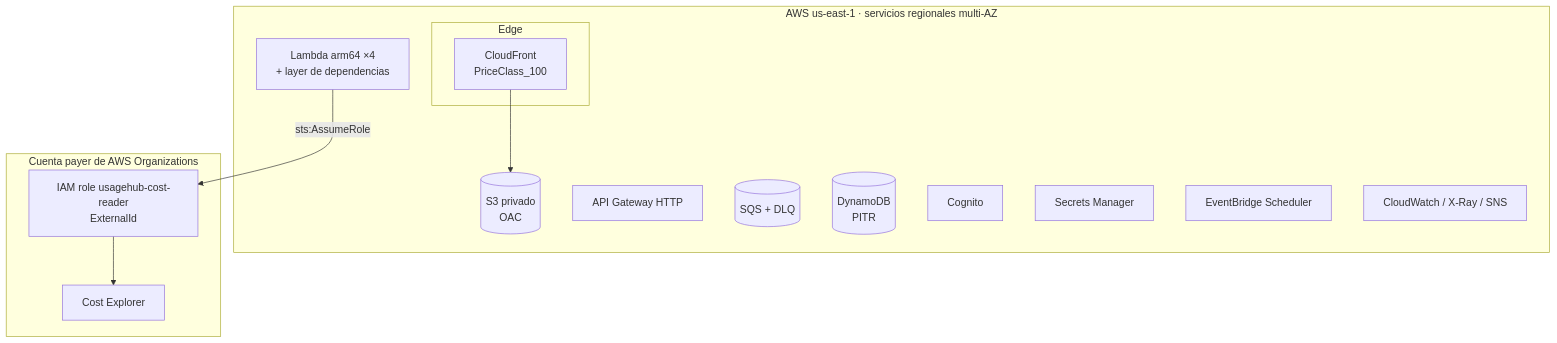
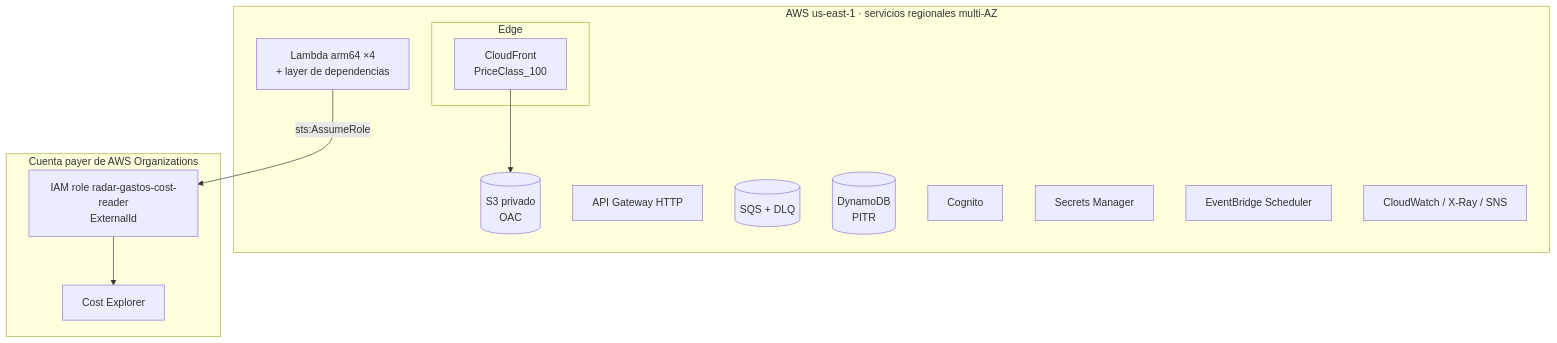
The fourth of 6 diagrams in docs/03-vistas-c4.md (JimmySaito/radar-de-gastos-arquitectura), drawn with Mermaid before and after one commit. The commit also changed other lines of this file and 8 other files, not shown here.

First line of the commit message:
docs: renombrar el producto a Radar de gastos

````diff
--- a/docs/03-vistas-c4.md
+++ b/docs/03-vistas-c4.md
@@ -119,23 +119,23 @@
 ```mermaid
 flowchart TB
   subgraph Region [AWS us-east-1 · servicios regionales multi-AZ]
     subgraph Edge
       CF[CloudFront<br/>PriceClass_100]
     end
     S3[(S3 privado<br/>OAC)]
     APIGW[API Gateway HTTP]
     L[Lambda arm64 ×4<br/>+ layer de dependencias]
     Q[(SQS + DLQ)]
     D[(DynamoDB<br/>PITR)]
     C[Cognito]
     SM[Secrets Manager]
     EB[EventBridge Scheduler]
     CW[CloudWatch / X-Ray / SNS]
   end
   subgraph Payer [Cuenta payer de AWS Organizations]
-    R[IAM role usagehub-cost-reader<br/>ExternalId]
+    R[IAM role radar-gastos-cost-reader<br/>ExternalId]
     CE[Cost Explorer]
   end
   CF --> S3
   L -- sts:AssumeRole --> R --> CE
 ```
````
